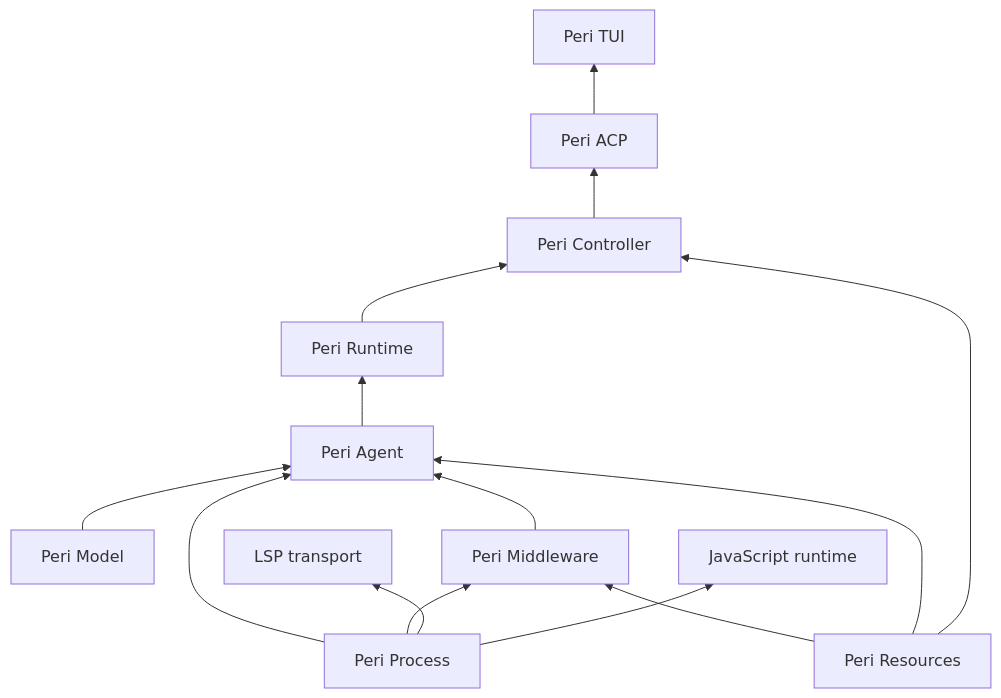
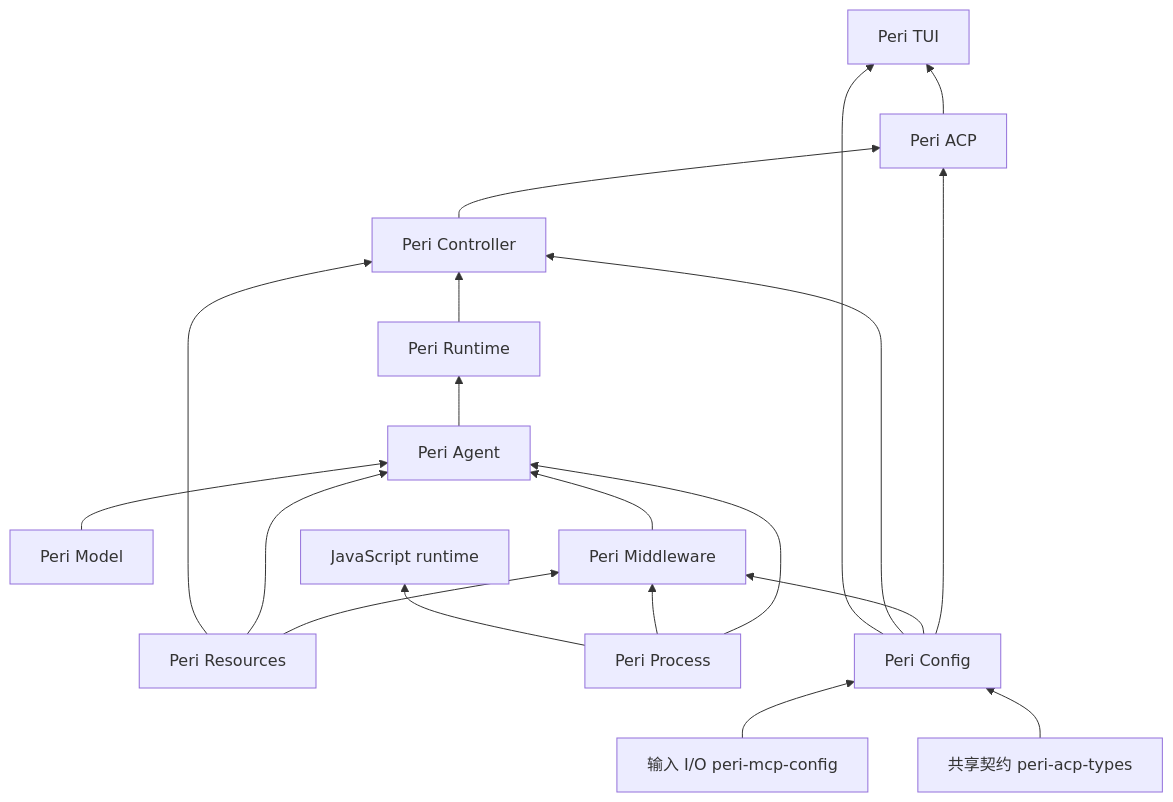
The first of 4 diagrams in docs/design/architecture.md (KonghaYao/peri), drawn with Mermaid before and after one commit. The commit also changed other lines of this file and 825 other files, not shown here.

````diff
--- a/docs/design/architecture.md
+++ b/docs/design/architecture.md
@@ -13,16 +14,21 @@
 ```mermaid
 flowchart BT
     Model[Peri Model] --> Agent[Peri Agent]
     Agent --> Runtime[Peri Runtime]
     Runtime --> Controller[Peri Controller]
     Controller --> ACP[Peri ACP]
     ACP --> TUI[Peri TUI]
     Middleware[Peri Middleware] --> Agent
     Resources[Peri Resources] --> Middleware
     Resources --> Agent
     Resources --> Controller
     Process[Peri Process] --> Agent
     Process --> Middleware
-    Process --> LSP[LSP transport]
     Process --> JS[JavaScript runtime]
+    Config[Peri Config] --> ACP
+    Config --> Middleware
+    Config --> Controller
+    Config --> TUI
+    Types[共享契约 peri-acp-types] --> Config
+    ConfigInput[输入 I/O peri-mcp-config] --> Config
 ```
````
